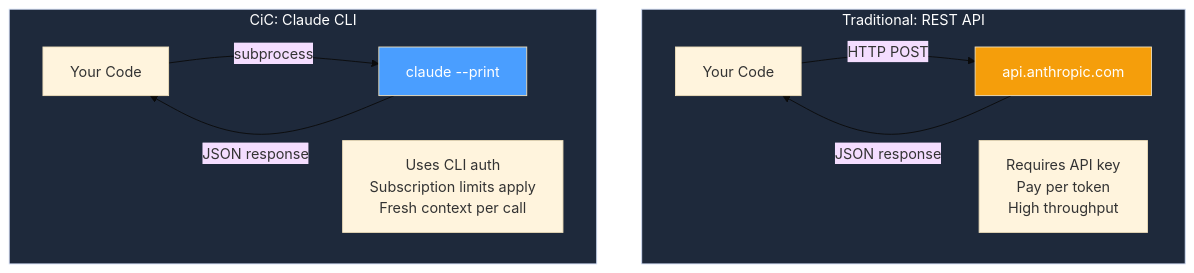
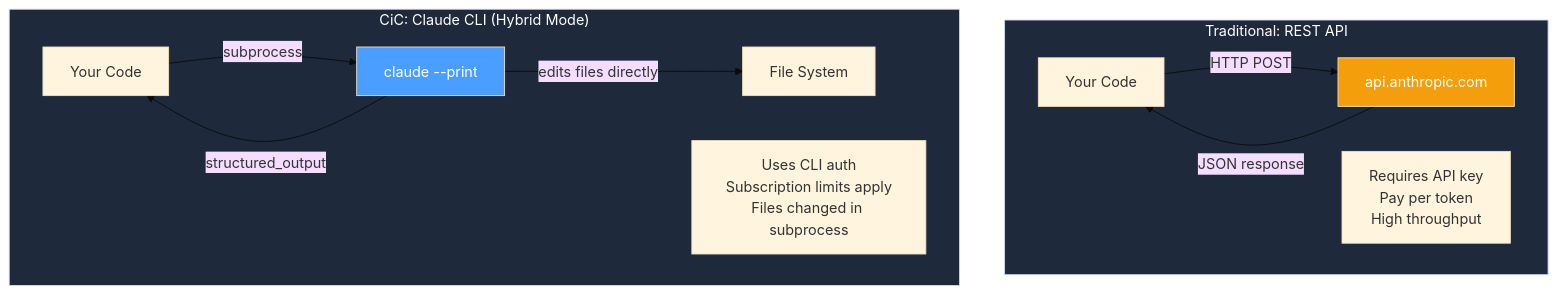
One commit to maclarensg/CiC changed the fifth of 5 diagrams in README.md. Above: the diagram before and after it, drawn with Mermaid (base theme). The commit also changed other lines of this file and 4 other files, not shown here.

First line of the commit message:
Implement hybrid mode — Claude executes files, caller executes custom tools

````diff
--- a/README.md
+++ b/README.md
@@ -155,19 +205,20 @@
 ```mermaid
 flowchart TD
     subgraph Traditional["Traditional: REST API"]
         A1[Your Code] -->|HTTP POST| A2[api.anthropic.com]
         A2 -->|JSON response| A1
         A3["Requires API key\nPay per token\nHigh throughput"]
     end
 
-    subgraph CiC["CiC: Claude CLI"]
+    subgraph CiC["CiC: Claude CLI (Hybrid Mode)"]
         B1[Your Code] -->|subprocess| B2[claude --print]
-        B2 -->|JSON response| B1
-        B3["Uses CLI auth\nSubscription limits apply\nFresh context per call"]
+        B2 -->|edits files directly| B3[File System]
+        B2 -->|structured_output| B1
+        B4["Uses CLI auth\nSubscription limits apply\nFiles changed in subprocess"]
     end
 
     style Traditional fill:#1e293b,color:#fff
     style CiC fill:#1e293b,color:#fff
     style A2 fill:#f59e0b,color:#fff
     style B2 fill:#4a9eff,color:#fff
 ```
````
